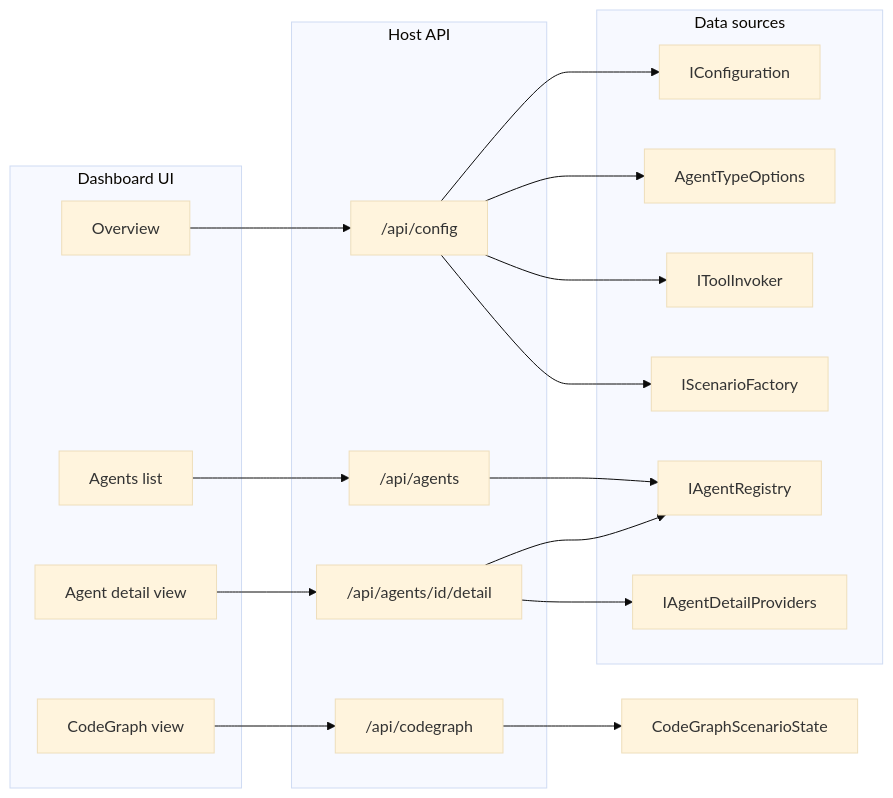
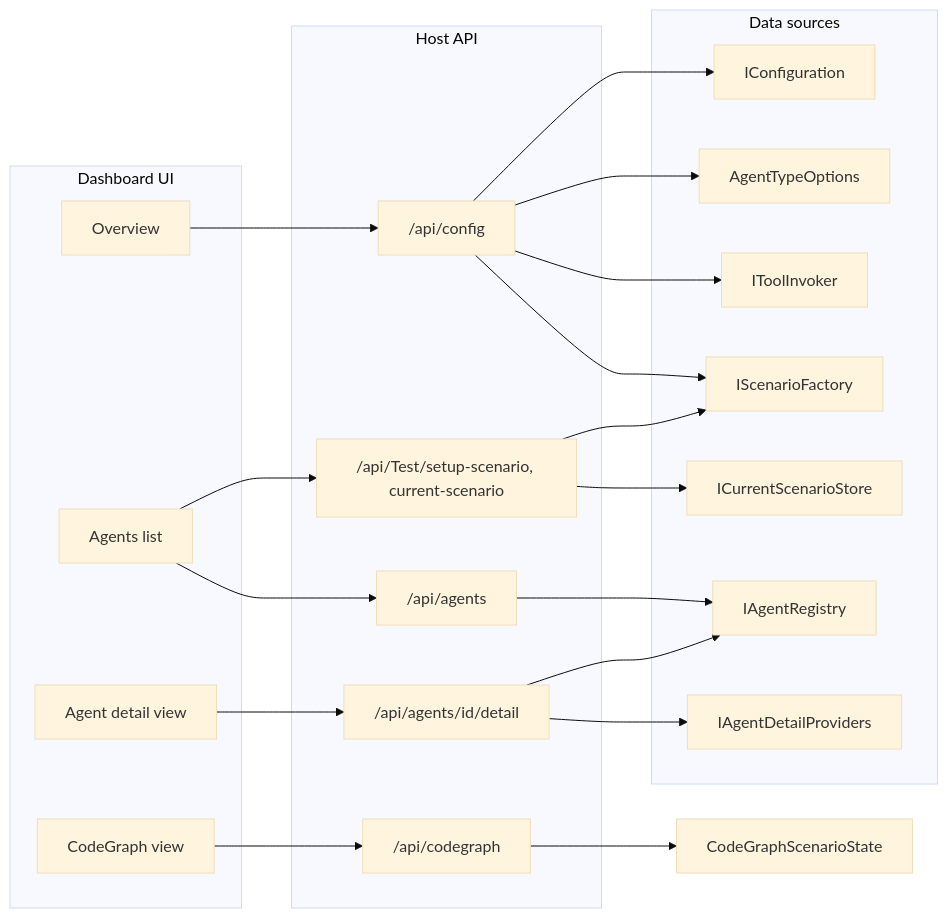
One commit to rahamohebbi/Agctor changed the diagram in Project/prd-006-dashboard.md. Above: the diagram before and after it, drawn with Mermaid (base theme). The commit also changed other lines of this file and 8 other files, not shown here.

````diff
--- a/Project/prd-006-dashboard.md
+++ b/Project/prd-006-dashboard.md
@@ -74,35 +77,40 @@
 ```mermaid
 flowchart LR
   subgraph backend [Host API]
     ConfigController["/api/config"]
     AgentsController["/api/agents"]
     AgentDetail["/api/agents/id/detail"]
     CodeGraphController["/api/codegraph"]
+    TestController["/api/Test/setup-scenario, current-scenario"]
   end
   subgraph data [Data sources]
     IConfiguration
     AgentTypeOptions
     IToolInvoker
     IScenarioFactory
+    ICurrentScenarioStore
     IAgentRegistry
     IAgentDetailProviders
   end
   subgraph dashboard [Dashboard UI]
     Overview[Overview]
     AgentsList[Agents list]
     AgentDetailView[Agent detail view]
     CodeGraphView[CodeGraph view]
   end
   ConfigController --> IConfiguration
   ConfigController --> AgentTypeOptions
   ConfigController --> IToolInvoker
   ConfigController --> IScenarioFactory
   AgentsController --> IAgentRegistry
   AgentDetail --> IAgentRegistry
   AgentDetail --> IAgentDetailProviders
   CodeGraphController --> CodeGraphScenarioState
+  TestController --> IScenarioFactory
+  TestController --> ICurrentScenarioStore
   Overview --> ConfigController
   AgentsList --> AgentsController
+  AgentsList --> TestController
   AgentDetailView --> AgentDetail
   CodeGraphView --> CodeGraphController
 ```
````
